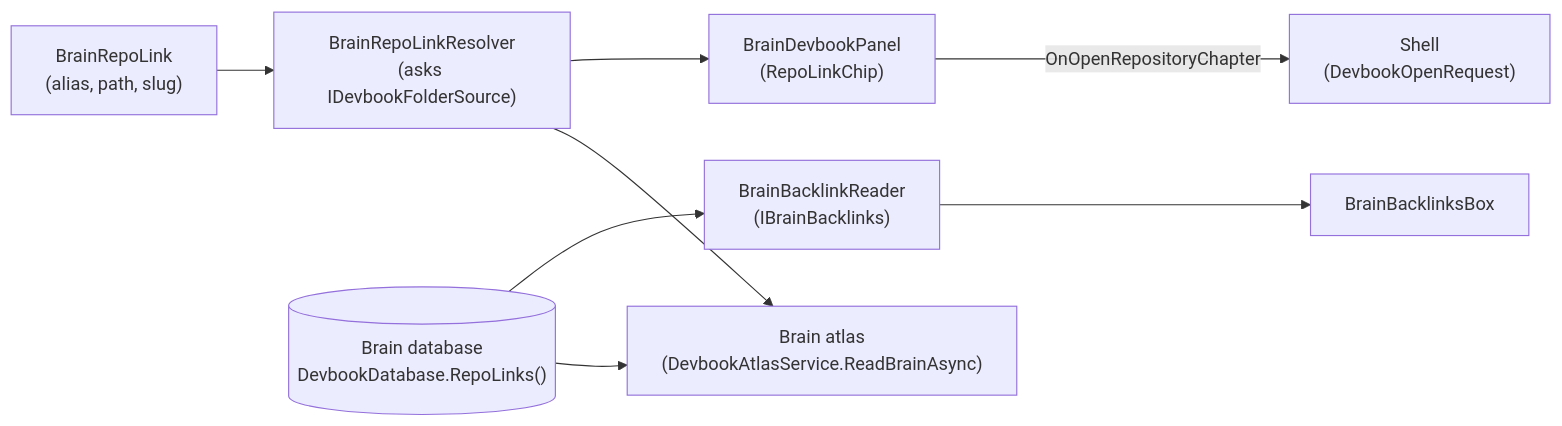
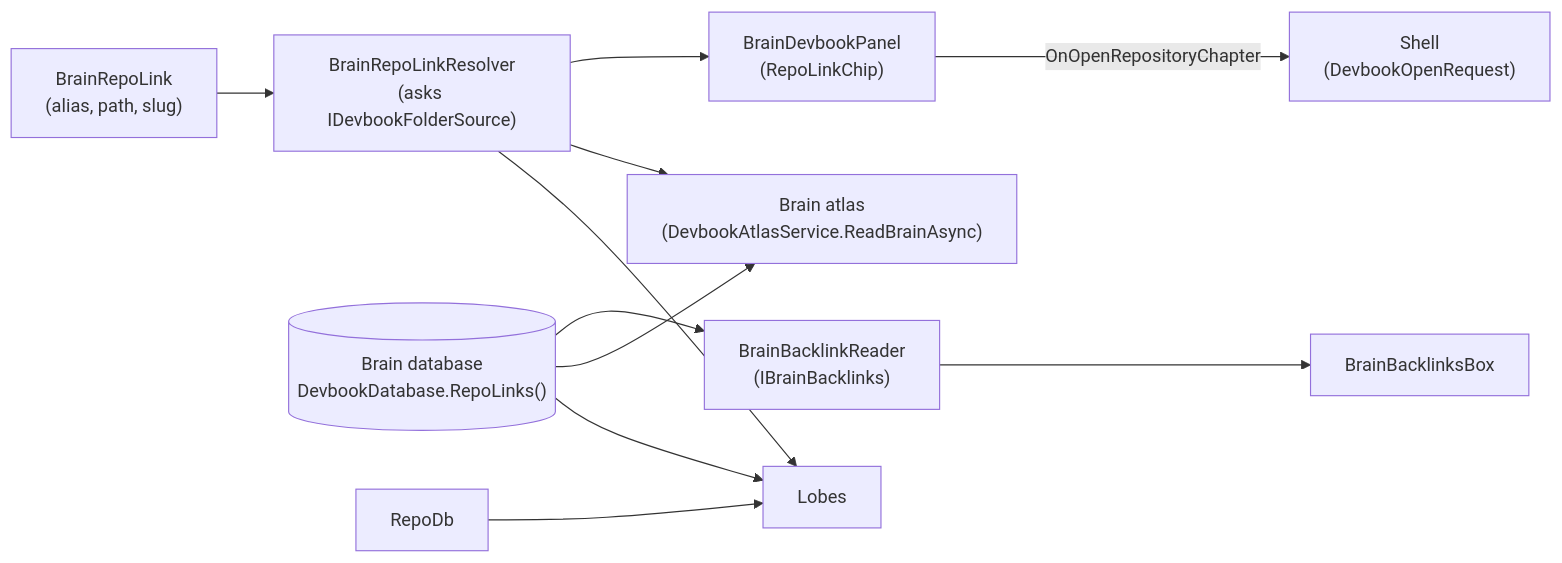
Before and after one commit to JSdotNet/Backlog: the fourth of 9 diagrams in .devbook/arc42/05-building-block-view.md, drawn with Mermaid. The commit also changed other lines of this file and 4 other files, not shown here.

````diff
--- a/.devbook/arc42/05-building-block-view.md
+++ b/.devbook/arc42/05-building-block-view.md
@@ -311,17 +311,20 @@
 ```mermaid
 flowchart LR
   Link["BrainRepoLink\n(alias, path, slug)"]
   Resolver["BrainRepoLinkResolver\n(asks IDevbookFolderSource)"]
   Panel["BrainDevbookPanel\n(RepoLinkChip)"]
   Shell["Shell\n(DevbookOpenRequest)"]
   BrainDb[("Brain database\nDevbookDatabase.RepoLinks()")]
   Backlinks["BrainBacklinkReader\n(IBrainBacklinks)"]
   Box["BrainBacklinksBox"]
   Atlas["Brain atlas\n(DevbookAtlasService.ReadBrainAsync)"]
 
   Link --> Resolver --> Panel
   Panel -->|OnOpenRepositoryChapter| Shell
   BrainDb --> Backlinks --> Box
   BrainDb --> Atlas
   Resolver --> Atlas
+  BrainDb --> Lobes
+  RepoDb --> Lobes
+  Resolver --> Lobes
 ```
````
